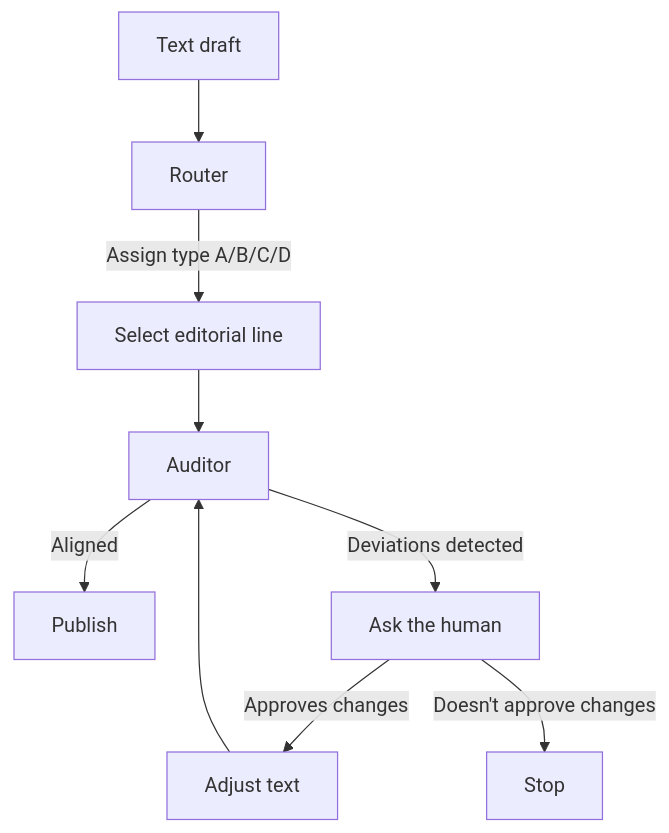
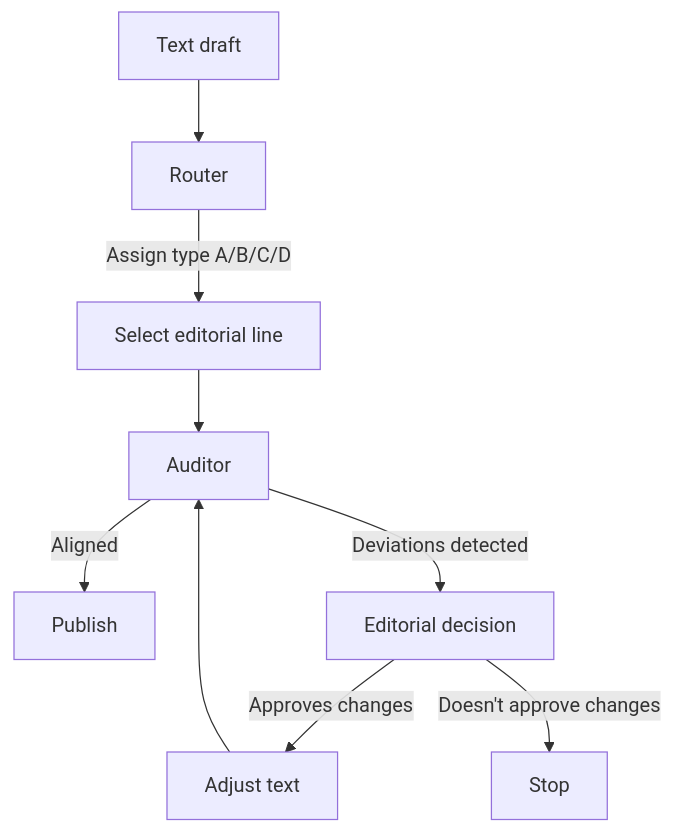
One commit to blancavg/editorial-architecture-lab changed the diagram in README.md. Above: the diagram before and after it, drawn with Mermaid. The commit also changed other lines of this file and 4 other files, not shown here.

````diff
--- a/README.md
+++ b/README.md
@@ -90,12 +91,12 @@
 ```mermaid
 flowchart TD
 
 A[Text draft] --> B[Router]
 B -->|Assign type A/B/C/D| C[Select editorial line]
 C --> D[Auditor]
 D -->|Aligned| E[Publish]
-D -->|Deviations detected| F[Ask the human]
+D -->|Deviations detected| F[Editorial decision]
 F --> |Approves changes| G[Adjust text]
 G --> D
 F --> |Doesn't approve changes| Stop
 ```
````
